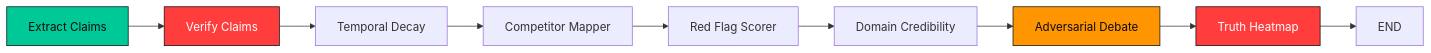
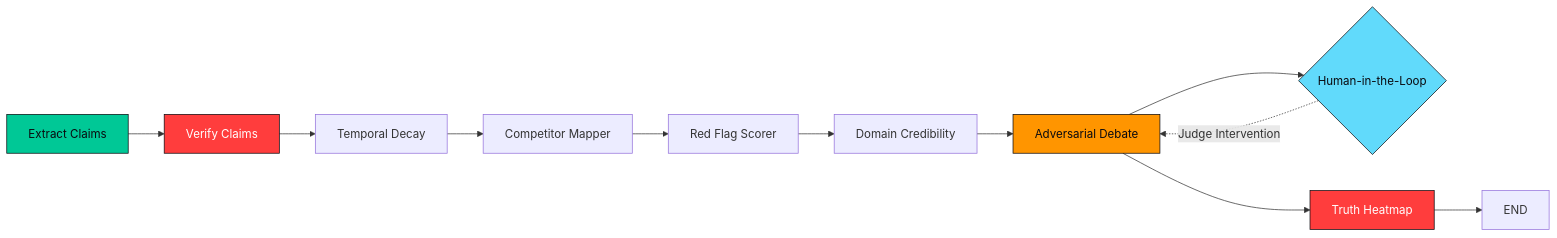
Before and after one commit to aadithya12ctrl/BluffBuster: the second of 2 diagrams in README.md, drawn with Mermaid. The commit also changed other lines of this file and 8 other files, not shown here.

Commit message:
feat(ui): resolve dashboard crashes, add retro snake animation, and update README diagrams

````diff
--- a/README.md
+++ b/README.md
@@ -217,16 +220,19 @@
 ```mermaid
 graph LR
     A["Extract Claims"] --> B["Verify Claims"]
     B --> C["Temporal Decay"]
     C --> D["Competitor Mapper"]
     D --> E["Red Flag Scorer"]
     E --> F["Domain Credibility"]
     F --> G["Adversarial Debate"]
+    G --> HITL{"Human-in-the-Loop"}
+    HITL -. "Judge Intervention" .-> G
     G --> H["Truth Heatmap"]
     H --> I["END"]
 
     style A fill:#00C896,stroke:#0A0A0F,color:#0A0A0F
     style B fill:#FF3D3D,stroke:#0A0A0F,color:#fff
     style G fill:#FF9500,stroke:#0A0A0F,color:#0A0A0F
+    style HITL fill:#61DAFB,stroke:#0A0A0F,color:#0A0A0F
     style H fill:#FF3D3D,stroke:#0A0A0F,color:#fff
 ```
````
